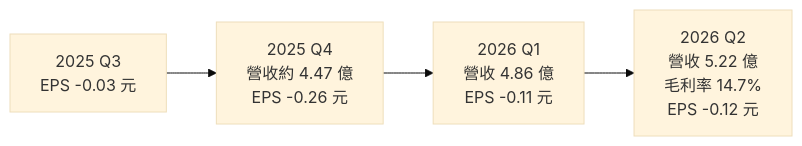
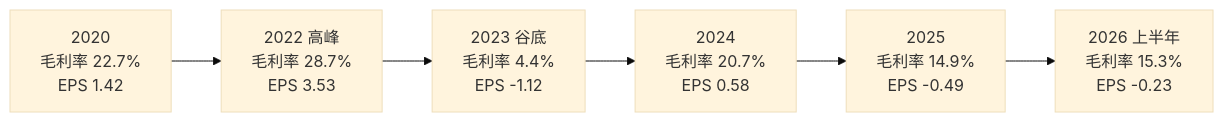
The third of 4 diagrams in 個股/台股/2342茂矽.md (wangnick1004/taiwan-stock-vault), drawn with Mermaid (base theme) before and after one commit. The commit also changed other lines of this file and 19 other files, not shown here.

````diff
--- a/個股/台股/2342茂矽.md
+++ b/個股/台股/2342茂矽.md
@@ -140,4 +143,4 @@
 ```mermaid
 flowchart LR
-    Q3["2025 Q3<br/>EPS -0.03 元"] --> Q4["2025 Q4<br/>營收約 4.47 億<br/>EPS -0.26 元"] --> Q1["2026 Q1<br/>營收 4.86 億<br/>EPS -0.11 元"] --> Q2["2026 Q2<br/>營收 5.22 億<br/>毛利率 14.7%<br/>EPS -0.12 元"]
+    Y20["2020<br/>毛利率 22.7%<br/>EPS 1.42"] --> Y22["2022 高峰<br/>毛利率 28.7%<br/>EPS 3.53"] --> Y23["2023 谷底<br/>毛利率 4.4%<br/>EPS -1.12"] --> Y24["2024<br/>毛利率 20.7%<br/>EPS 0.58"] --> Y25["2025<br/>毛利率 14.9%<br/>EPS -0.49"] --> H26["2026 上半年<br/>毛利率 15.3%<br/>EPS -0.23"]
 ```
````
